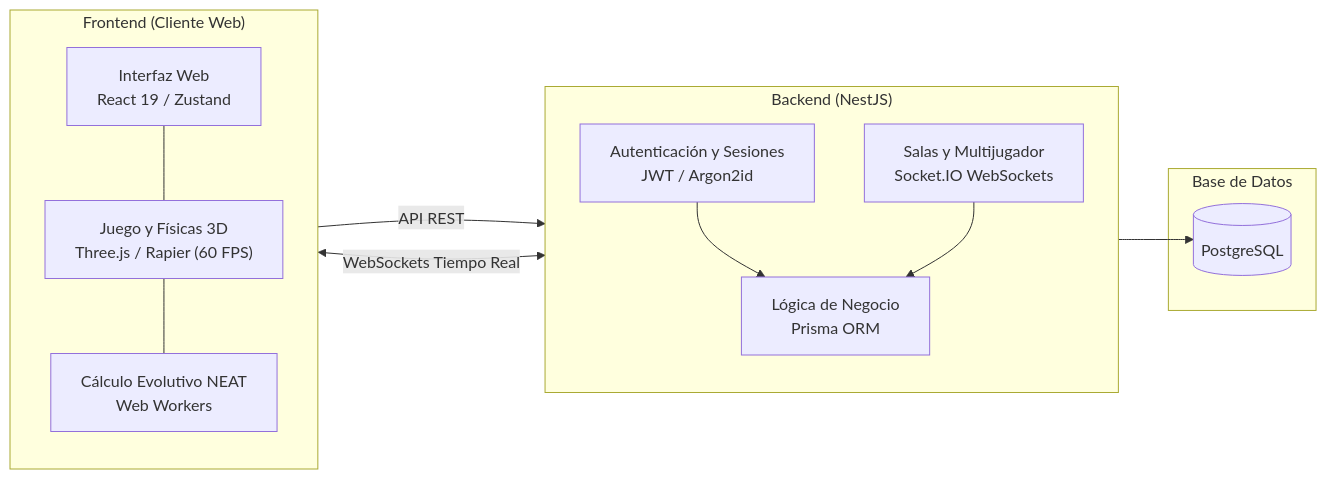
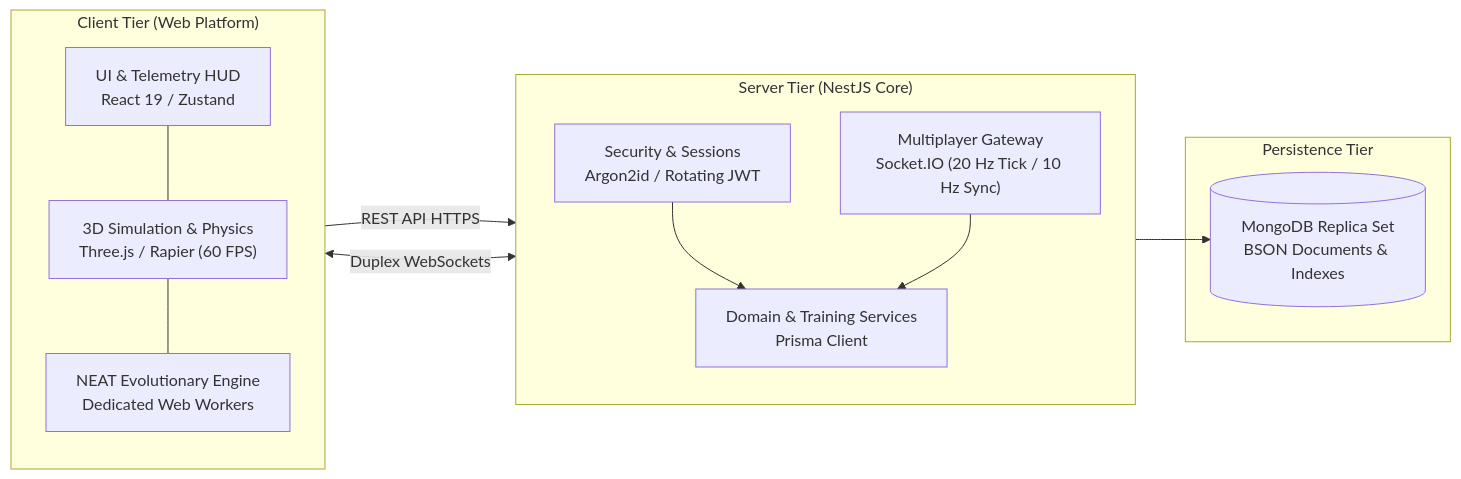
One commit to synapse-racing/.github changed the diagram in profile/README.md. Above: the diagram before and after it, drawn with Mermaid. The commit also changed other lines of this file and 1 other file, not shown here.

````diff
--- a/profile/README.md
+++ b/profile/README.md
@@ -78,28 +112,28 @@
 ```mermaid
 flowchart LR
-    subgraph Frontend["Frontend (Cliente Web)"]
+    subgraph Client["Client Tier (Web Platform)"]
         direction TB
-        UI["Interfaz Web<br/>React 19 / Zustand"]
-        Game["Juego y Físicas 3D<br/>Three.js / Rapier (60 FPS)"]
-        NEAT["Cálculo Evolutivo NEAT<br/>Web Workers"]
-        UI --- Game
-        Game --- NEAT
+        UI["UI & Telemetry HUD<br/>React 19 / Zustand"]
+        Engine["3D Simulation & Physics<br/>Three.js / Rapier (60 FPS)"]
+        Worker["NEAT Evolutionary Engine<br/>Dedicated Web Workers"]
+        UI --- Engine
+        Engine --- Worker
     end
 
-    subgraph Backend["Backend (NestJS)"]
+    subgraph Server["Server Tier (NestJS Core)"]
         direction TB
-        Auth["Autenticación y Sesiones<br/>JWT / Argon2id"]
-        Multiplayer["Salas y Multijugador<br/>Socket.IO WebSockets"]
-        Persistence["Lógica de Negocio<br/>Prisma ORM"]
+        Auth["Security & Sessions<br/>Argon2id / Rotating JWT"]
+        NetGate["Multiplayer Gateway<br/>Socket.IO (20 Hz Tick / 10 Hz Sync)"]
+        Services["Domain & Training Services<br/>Prisma Client"]
     end
 
-    subgraph Database["Base de Datos"]
-        DB[("PostgreSQL")]
+    subgraph Storage["Persistence Tier"]
+        DB[("MongoDB Replica Set<br/>BSON Documents & Indexes")]
     end
 
-    UI -->|API REST| Auth
-    Game <-->|WebSockets Tiempo Real| Multiplayer
-    Auth --> Persistence
-    Multiplayer --> Persistence
-    Persistence --> DB
+    UI -->|REST API HTTPS| Auth
+    Engine <-->|Duplex WebSockets| NetGate
+    Auth --> Services
+    NetGate --> Services
+    Services --> DB
 ```
````
